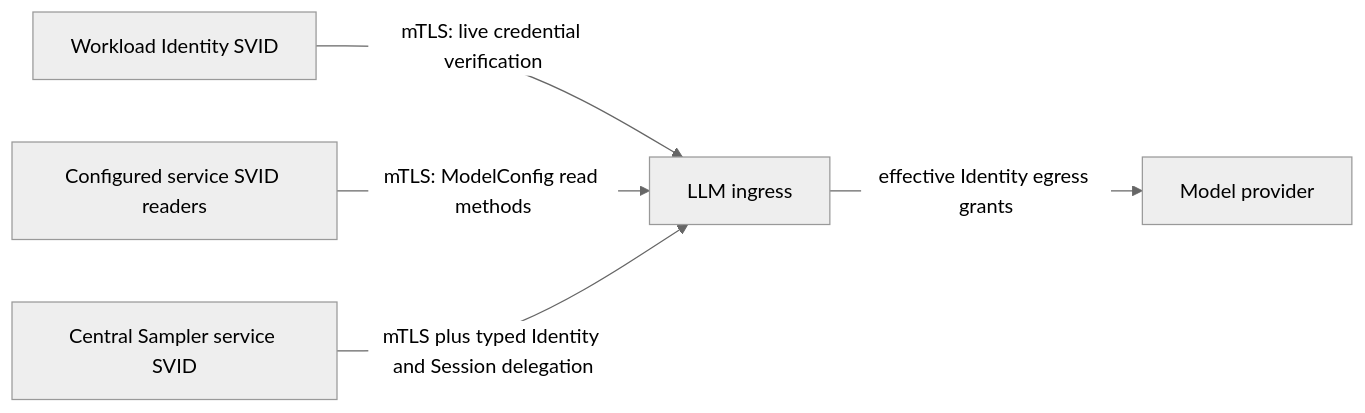
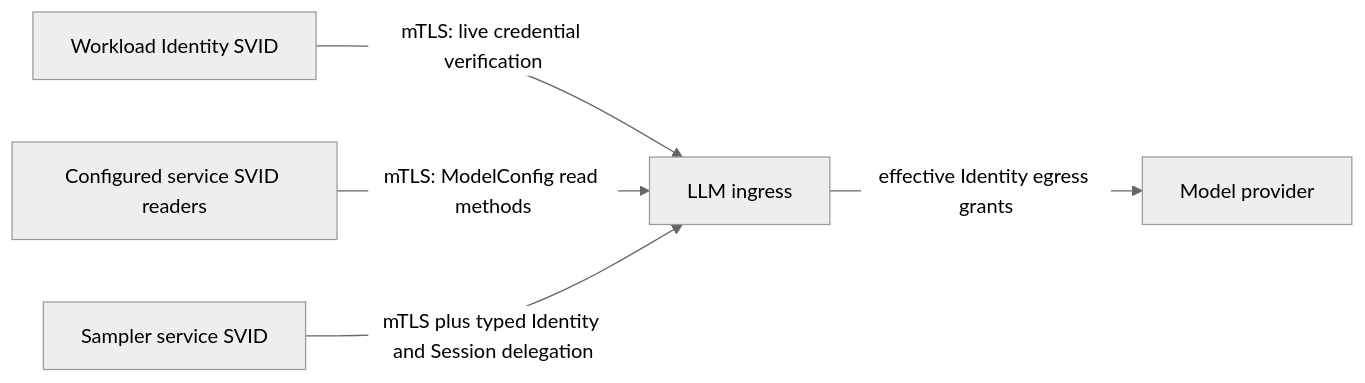
Before and after one commit to agentydragon/ducktape: the sixth of 18 diagrams in agentplane/docs/system_overview.md, drawn with Mermaid (neutral theme). The commit also changed other lines of this file and 493 other files, not shown here.

Commit message:
Graduate central sampler code to Sampler

````diff
--- a/agentplane/docs/system_overview.md
+++ b/agentplane/docs/system_overview.md
@@ -503,7 +503,7 @@
 ```mermaid
 flowchart LR
     workload[Workload Identity SVID] -->|mTLS: live credential verification| llm[LLM ingress]
     readers[Configured service SVID readers] -->|mTLS: ModelConfig read methods| llm
-    sampler[Central Sampler service SVID] -->|mTLS plus typed Identity and Session delegation| llm
+    sampler[Sampler service SVID] -->|mTLS plus typed Identity and Session delegation| llm
     llm -->|effective Identity egress grants| provider[Model provider]
 ```
````
